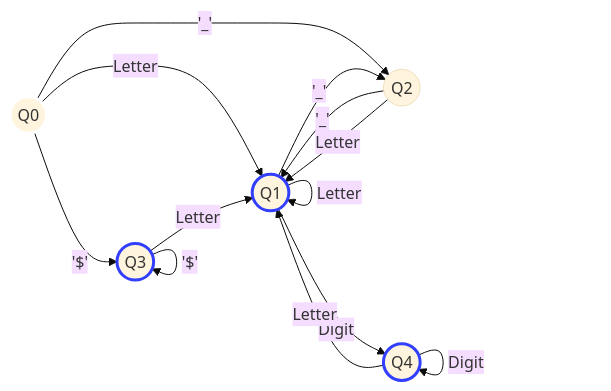
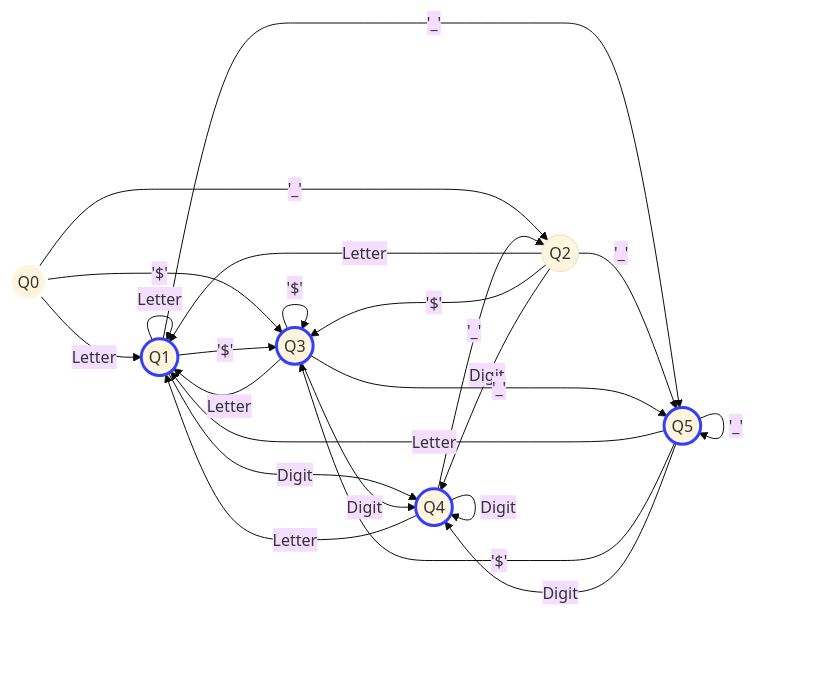
The diagram in README.md (felix-rojas/dfa_java), drawn with Mermaid (base theme) before and after one commit. The commit also changed 1 other file, not shown here.

Commit message:
reogranize transitions, add to chart

````diff
--- a/README.md
+++ b/README.md
@@ -76,19 +76,31 @@
 ```mermaid
 graph LR
     Q0((Q0)) --Letter--> Q1((Q1))
+    Q0 --'_'--> Q2((Q2))
+    Q0 --'$'--> Q3((Q3))
     Q1 --Letter--> Q1
-    Q0 --'_'--> Q2((Q2))
-    Q1 --'_'--> Q2
-    Q2 --'_'--> Q1
+    Q1 --'$'--> Q3
+    Q1 --Digit--> Q4((Q4))
+    Q1 --'_'--> Q5((Q5))
     Q2 --Letter--> Q1
-    Q1 --Digit--> Q4((Q4))
+    Q2 --'$'--> Q3
+    Q2 --Digit--> Q4
+    Q2 --'_'--> Q5
+    Q3--Letter--> Q1
+    Q3--'$'--> Q3
+    Q3--Digit--> Q4
+    Q3--'_'--> Q5
+    Q4 --Letter--> Q1
+    Q4 --'_'--> Q2
     Q4 --Digit--> Q4
-    Q0 --'$'--> Q3((Q3))
-    Q3--'$'--> Q3
-    Q3--Letter--> Q1
-    Q4 --Letter--> Q1
+    Q5 --Letter--> Q1
+    Q5 --'$'--> Q3
+    Q5 --Digit--> Q4
+    Q5 --'_'--> Q5
+    
     style Q0 fill:#f9fff,stroke:#ffff,stroke-width:3px
     style Q1 fill:#f9fff,stroke:#333fff,stroke-width:3px
     style Q3 fill:#f9fff,stroke:#333fff,stroke-width:3px
     style Q4 fill:#f9fff,stroke:#333fff,stroke-width:3px
+    style Q5 fill:#f9fff,stroke:#333fff,stroke-width:3px
 ```
````
